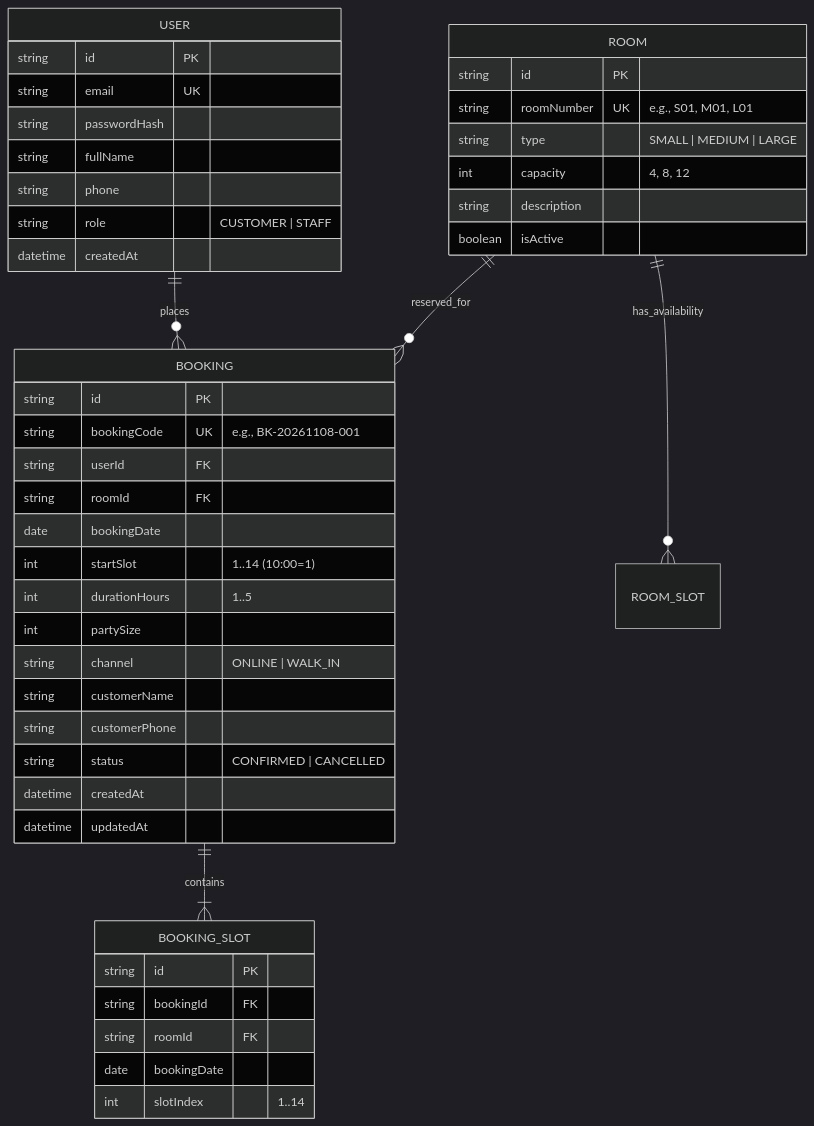
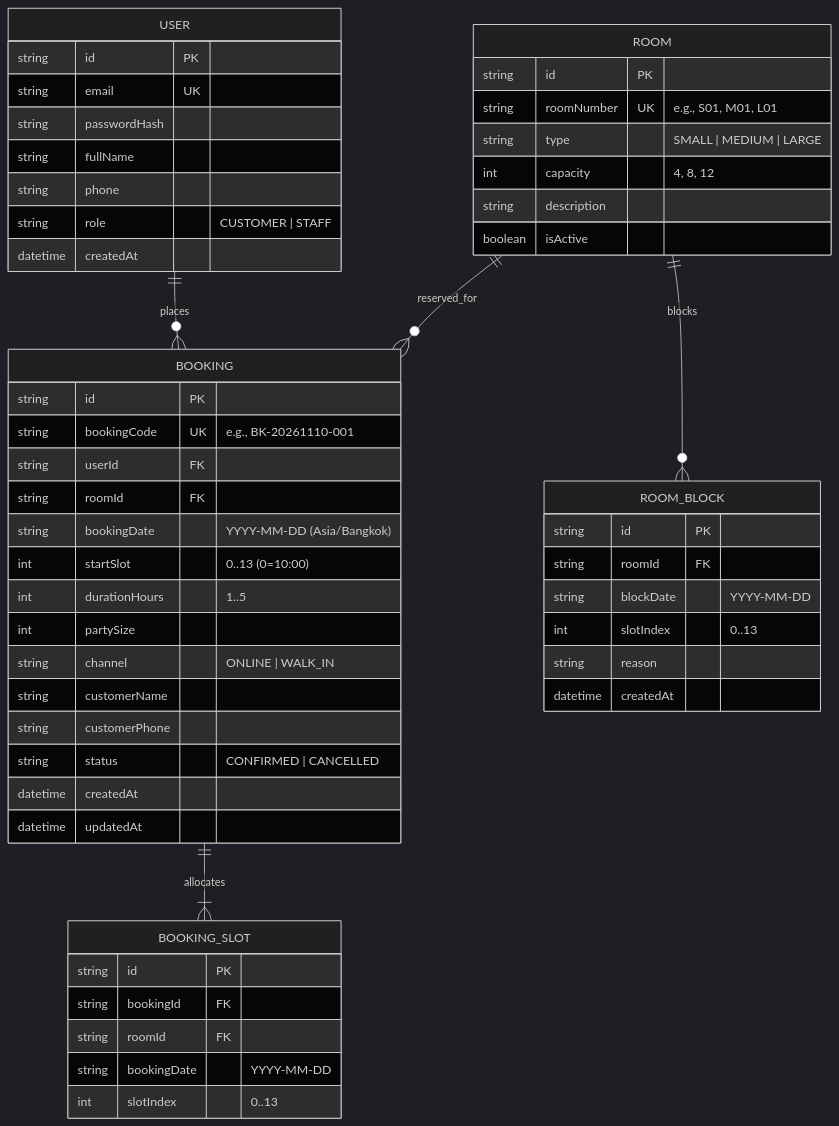
The diagram in docs/system-sds.md (Phenwatsa/singslot-karaoke), drawn with Mermaid (dark theme) before and after one commit. The commit also changed other lines of this file and 8 other files, not shown here.

Commit message:
docs(spec): refine baseline specifications, schema, and issue definitions per peer review

````diff
--- a/docs/system-sds.md
+++ b/docs/system-sds.md
@@ -54,51 +51,60 @@
 ```mermaid
 erDiagram
     USER ||--o{ BOOKING : places
     ROOM ||--o{ BOOKING : reserved_for
-    ROOM ||--o{ ROOM_SLOT : has_availability
-    BOOKING ||--|{ BOOKING_SLOT : contains
+    ROOM ||--o{ ROOM_BLOCK : blocks
+    BOOKING ||--|{ BOOKING_SLOT : allocates
 
     USER {
         string id PK
         string email UK
         string passwordHash
         string fullName
         string phone
         string role "CUSTOMER | STAFF"
         datetime createdAt
     }
 
     ROOM {
         string id PK
         string roomNumber UK "e.g., S01, M01, L01"
         string type "SMALL | MEDIUM | LARGE"
         int capacity "4, 8, 12"
         string description
         boolean isActive
     }
 
     BOOKING {
         string id PK
-        string bookingCode UK "e.g., BK-20261108-001"
+        string bookingCode UK "e.g., BK-20261110-001"
         string userId FK
         string roomId FK
-        date bookingDate
-        int startSlot "1..14 (10:00=1)"
+        string bookingDate "YYYY-MM-DD (Asia/Bangkok)"
+        int startSlot "0..13 (0=10:00)"
         int durationHours "1..5"
         int partySize
         string channel "ONLINE | WALK_IN"
         string customerName
         string customerPhone
         string status "CONFIRMED | CANCELLED"
         datetime createdAt
         datetime updatedAt
     }
 
     BOOKING_SLOT {
         string id PK
         string bookingId FK
         string roomId FK
-        date bookingDate
-        int slotIndex "1..14"
+        string bookingDate "YYYY-MM-DD"
+        int slotIndex "0..13"
+    }
+
+    ROOM_BLOCK {
+        string id PK
+        string roomId FK
+        string blockDate "YYYY-MM-DD"
+        int slotIndex "0..13"
+        string reason
+        datetime createdAt
     }
 ```
````
